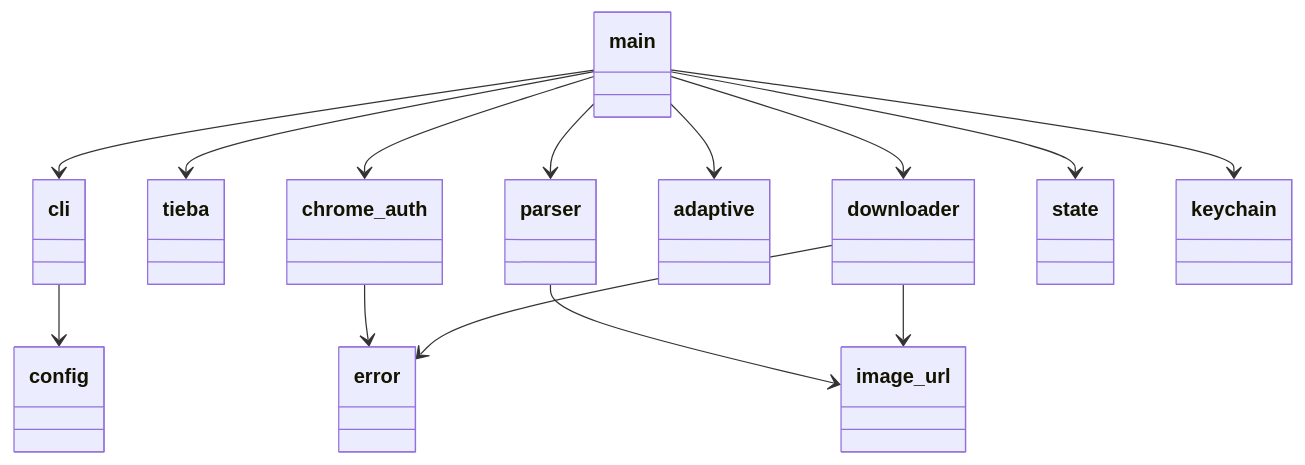
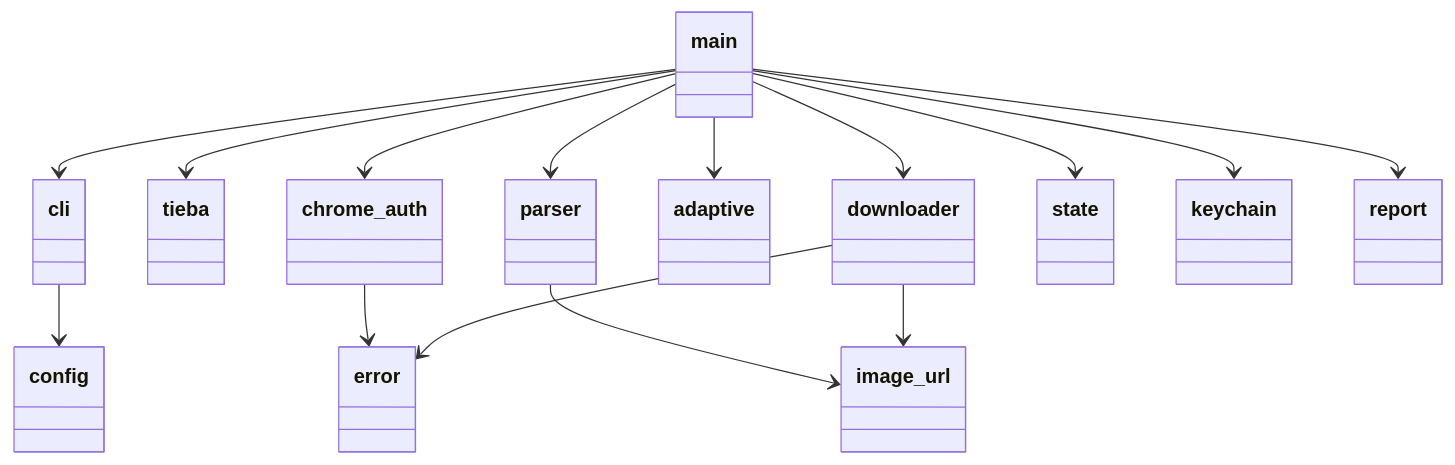
The first of 3 diagrams in docs/modules.en.md (XieWeikai/tieba-image-downloader), drawn with Mermaid before and after one commit. The commit also changed other lines of this file and 29 other files, not shown here.

````diff
--- a/docs/modules.en.md
+++ b/docs/modules.en.md
@@ -7,16 +7,17 @@
 ```mermaid
 classDiagram
     main --> cli
     main --> tieba
     main --> chrome_auth
     main --> parser
     main --> adaptive
     main --> downloader
     main --> state
     main --> keychain
+    main --> report
     cli --> config
     parser --> image_url
     downloader --> image_url
     chrome_auth --> error
     downloader --> error
 ```
````
